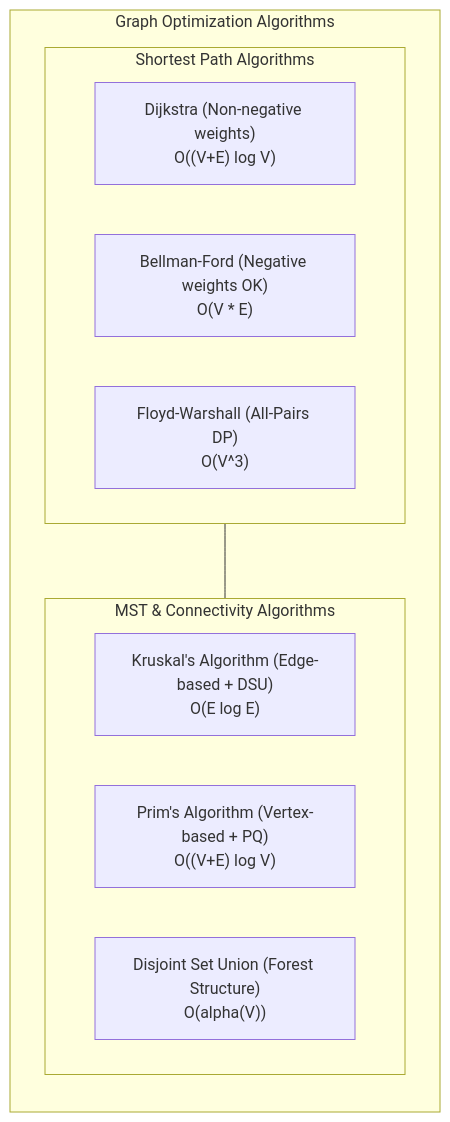
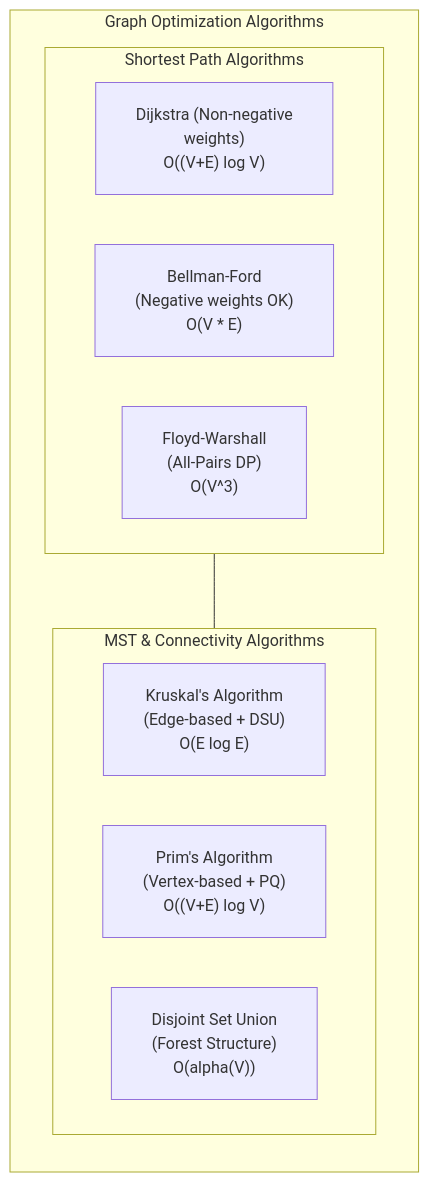
Before and after one commit to dip4k/DSA_102: the first of 15 diagrams in week_09_graph_algorithms_i/Week_09_Visual_Concepts_Playbook_HYBRID.md, drawn with Mermaid. The commit also changed other lines of this file and 108 other files, not shown here.

First line of the commit message:
fix(mermaid): resolve diagram clipping, padding, and syntax issues across repo

````diff
--- a/week_09_graph_algorithms_i/Week_09_Visual_Concepts_Playbook_HYBRID.md
+++ b/week_09_graph_algorithms_i/Week_09_Visual_Concepts_Playbook_HYBRID.md
@@ -44,19 +44,20 @@
 ```mermaid
+%%{init: {"flowchart": {"htmlLabels": true, "padding": 20}}}%%
 flowchart TD
     subgraph GraphOpt["Graph Optimization Algorithms"]
         direction TB
         subgraph ShortestPath["Shortest Path Algorithms"]
             direction LR
-            Dijkstra["Dijkstra (Non-negative weights)<br/>O((V+E) log V)"]
-            Bellman["Bellman-Ford (Negative weights OK)<br/>O(V * E)"]
-            Floyd["Floyd-Warshall (All-Pairs DP)<br/>O(V^3)"]
+            Dijkstra["Dijkstra (Non-negative<br/>weights)<br/>O((V+E) log V)"]
+            Bellman["Bellman-Ford<br/>(Negative weights OK)<br/>O(V * E)"]
+            Floyd["Floyd-Warshall<br/>(All-Pairs DP)<br/>O(V^3)"]
         end
         subgraph MST["MST & Connectivity Algorithms"]
             direction LR
-            Kruskal["Kruskal's Algorithm (Edge-based + DSU)<br/>O(E log E)"]
-            Prim["Prim's Algorithm (Vertex-based + PQ)<br/>O((V+E) log V)"]
-            DSU["Disjoint Set Union (Forest Structure)<br/>O(alpha(V))"]
+            Kruskal["Kruskal's Algorithm<br/>(Edge-based + DSU)<br/>O(E log E)"]
+            Prim["Prim's Algorithm<br/>(Vertex-based + PQ)<br/>O((V+E) log V)"]
+            DSU["Disjoint Set Union<br/>(Forest Structure)<br/>O(alpha(V))"]
         end
     end
     ShortestPath --- MST
 ```
````
